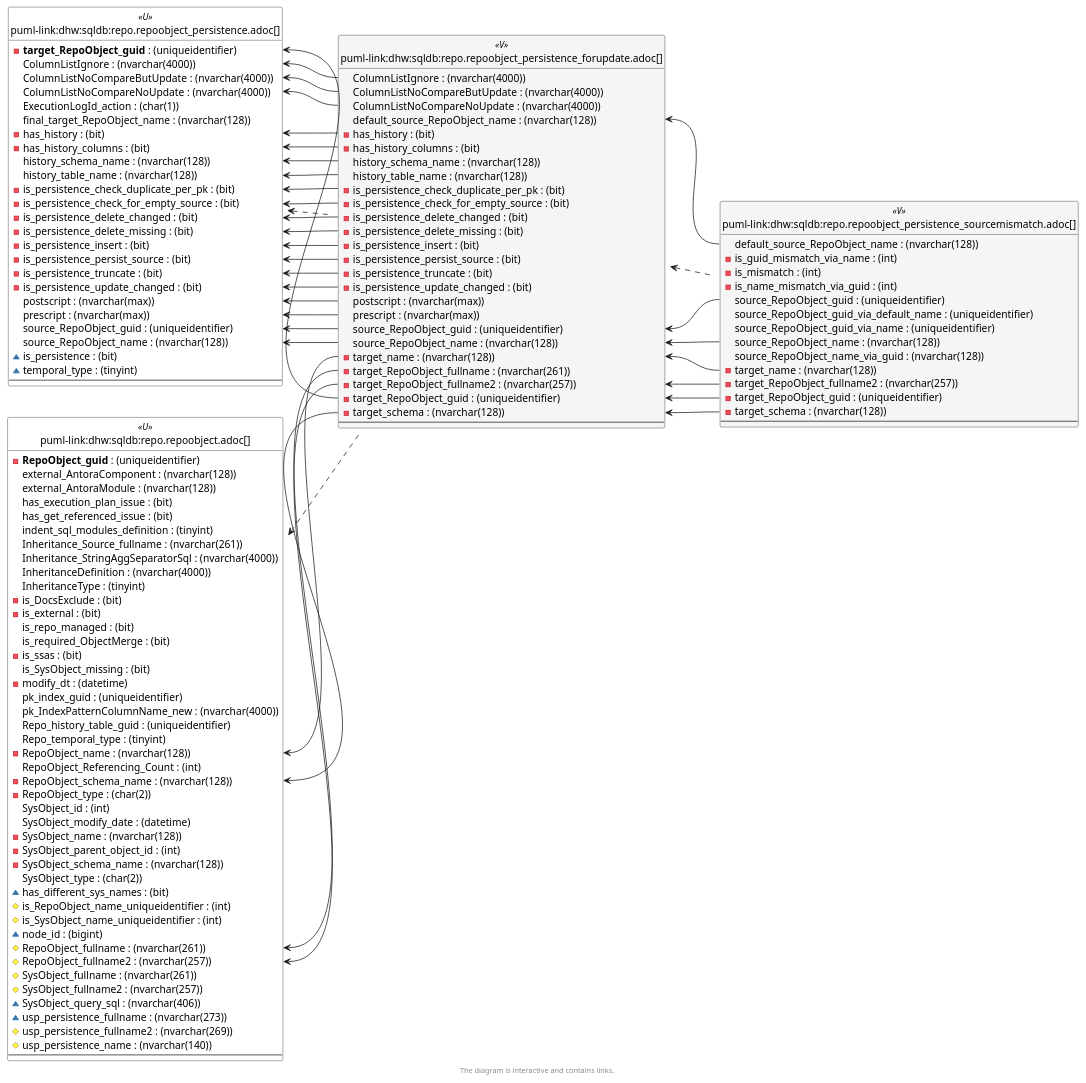
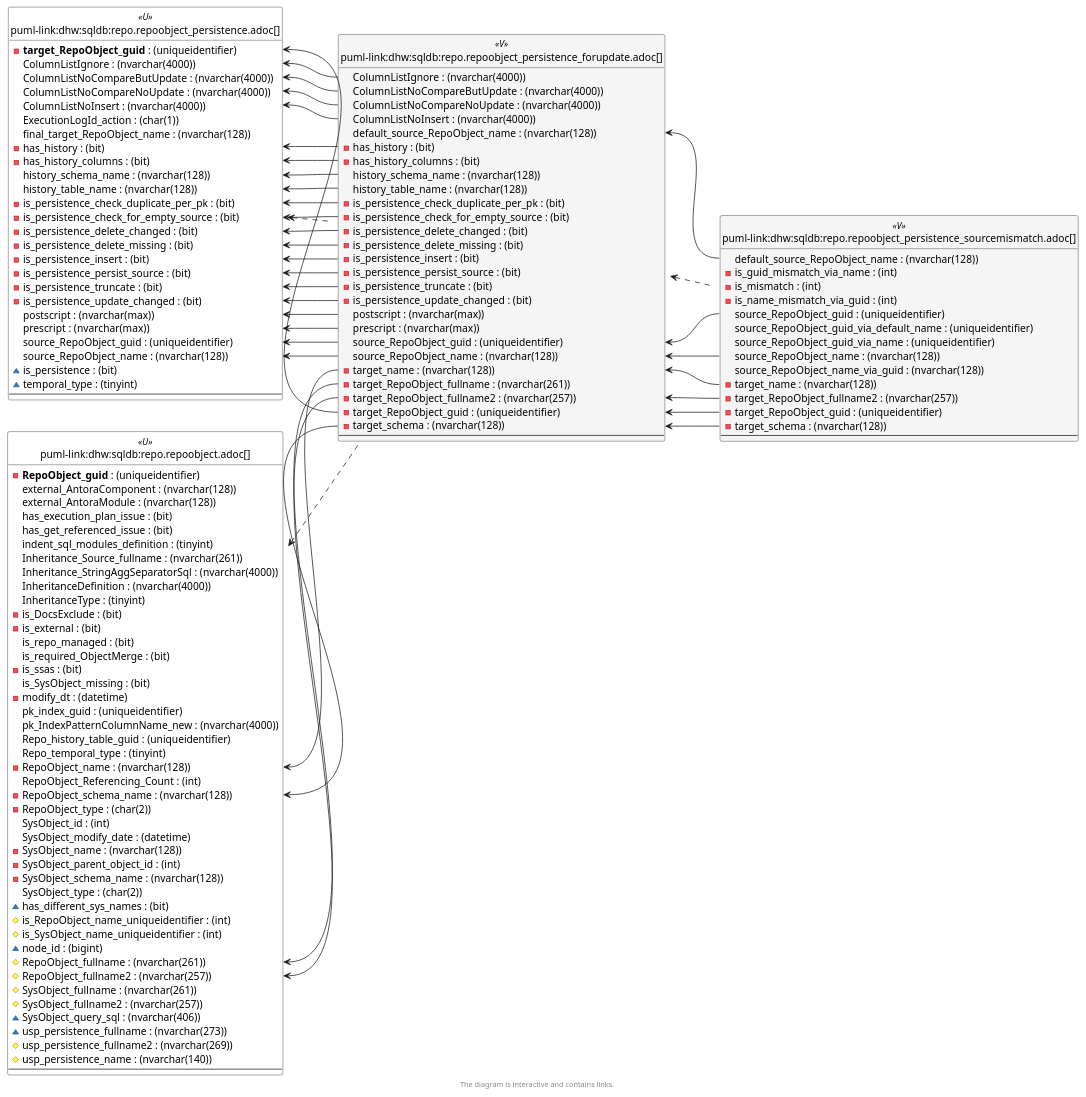
The sixth of 6 diagrams in docs/modules/sqldb/partials/content/repo.repoobject_persistence_forupdate.adoc (DataHandwerk/dhw-antora-sqldb), drawn with PlantUML before and after one commit. The commit also changed other lines of this file and 701 other files, not shown here.

```diff
--- a/docs/modules/sqldb/partials/content/repo.repoobject_persistence_forupdate.adoc
+++ b/docs/modules/sqldb/partials/content/repo.repoobject_persistence_forupdate.adoc
@@ -1814,6 +1840,7 @@
   ColumnListIgnore : (nvarchar(4000))
   ColumnListNoCompareButUpdate : (nvarchar(4000))
   ColumnListNoCompareNoUpdate : (nvarchar(4000))
+  ColumnListNoInsert : (nvarchar(4000))
   ExecutionLogId_action : (char(1))
   final_target_RepoObject_name : (nvarchar(128))
   - has_history : (bit)
@@ -1841,6 +1868,7 @@
   ColumnListIgnore : (nvarchar(4000))
   ColumnListNoCompareButUpdate : (nvarchar(4000))
   ColumnListNoCompareNoUpdate : (nvarchar(4000))
+  ColumnListNoInsert : (nvarchar(4000))
   default_source_RepoObject_name : (nvarchar(128))
   - has_history : (bit)
   - has_history_columns : (bit)
@@ -1893,6 +1921,7 @@
 "repo.RepoObject_persistence::ColumnListIgnore" <-- "repo.RepoObject_persistence_ForUpdate::ColumnListIgnore"
 "repo.RepoObject_persistence::ColumnListNoCompareButUpdate" <-- "repo.RepoObject_persistence_ForUpdate::ColumnListNoCompareButUpdate"
 "repo.RepoObject_persistence::ColumnListNoCompareNoUpdate" <-- "repo.RepoObject_persistence_ForUpdate::ColumnListNoCompareNoUpdate"
+"repo.RepoObject_persistence::ColumnListNoInsert" <-- "repo.RepoObject_persistence_ForUpdate::ColumnListNoInsert"
 "repo.RepoObject_persistence::has_history" <-- "repo.RepoObject_persistence_ForUpdate::has_history"
 "repo.RepoObject_persistence::has_history_columns" <-- "repo.RepoObject_persistence_ForUpdate::has_history_columns"
 "repo.RepoObject_persistence::history_schema_name" <-- "repo.RepoObject_persistence_ForUpdate::history_schema_name"
```
